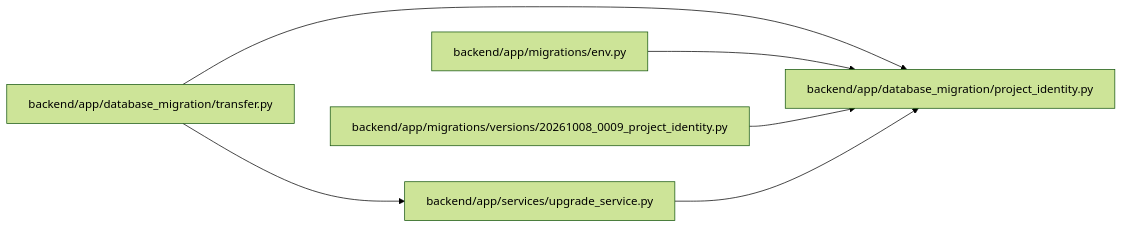
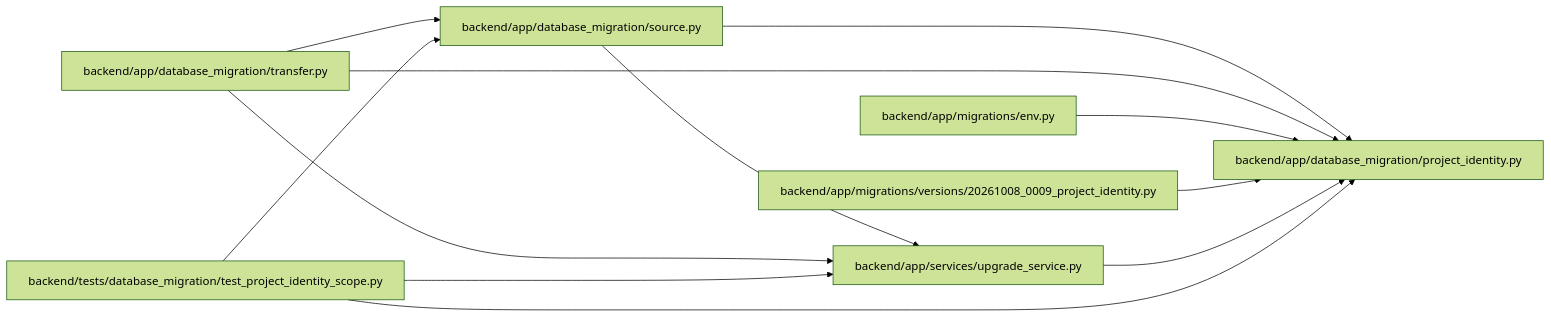
One commit to Denissvgn/WorkChord changed the diagram in docs/llm_wiki/modules/project_identity.md. Above: the diagram before and after it, drawn with Mermaid (forest theme). The commit also changed other lines of this file and 305 other files, not shown here.

Commit message:
docs(wiki): document retained scope and verified transfer floors

````diff
--- a/docs/llm_wiki/modules/project_identity.md
+++ b/docs/llm_wiki/modules/project_identity.md
@@ -20,18 +23,28 @@
 ```mermaid
 flowchart LR
     n0["backend/app/database_migration/project_identity.py"]
-    n1["backend/app/database_migration/transfer.py"]
-    n2["backend/app/migrations/env.py"]
-    n3["backend/app/migrations/versions/20261008_0009_project_identity.py"]
-    n4["backend/app/services/upgrade_service.py"]
+    n1["backend/app/database_migration/source.py"]
+    n2["backend/app/database_migration/transfer.py"]
+    n3["backend/app/migrations/env.py"]
+    n4["backend/app/migrations/versions/20261008_0009_project_identity.py"]
+    n5["backend/app/services/upgrade_service.py"]
+    n6["backend/tests/database_migration/test_project_identity_scope.py"]
     n1 --> n0
-    n1 --> n4
+    n1 --> n5
     n2 --> n0
+    n2 --> n1
+    n2 --> n5
     n3 --> n0
     n4 --> n0
+    n5 --> n0
+    n6 --> n0
+    n6 --> n1
+    n6 --> n5
     click n0 "../modules/project_identity.md"
-    click n1 "../modules/transfer.md"
-    click n2 "../modules/migrations_env.md"
-    click n3 "../modules/20261008_0009_project_identity.md"
-    click n4 "../modules/upgrade_service.md"
+    click n1 "../modules/source.md"
+    click n2 "../modules/transfer.md"
+    click n3 "../modules/migrations_env.md"
+    click n4 "../modules/20261008_0009_project_identity.md"
+    click n5 "../modules/upgrade_service.md"
+    click n6 "../modules/test_project_identity_scope.md"
 ```
````
